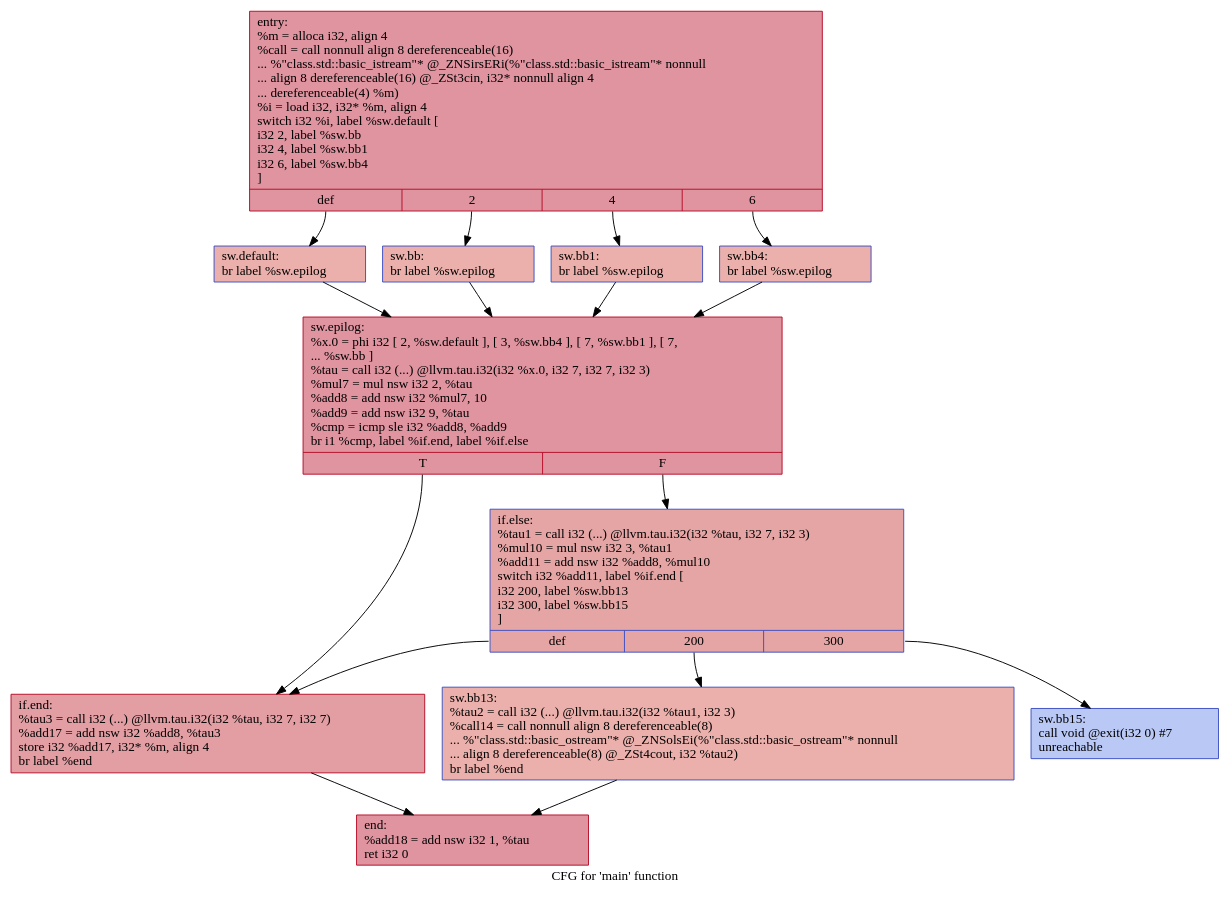
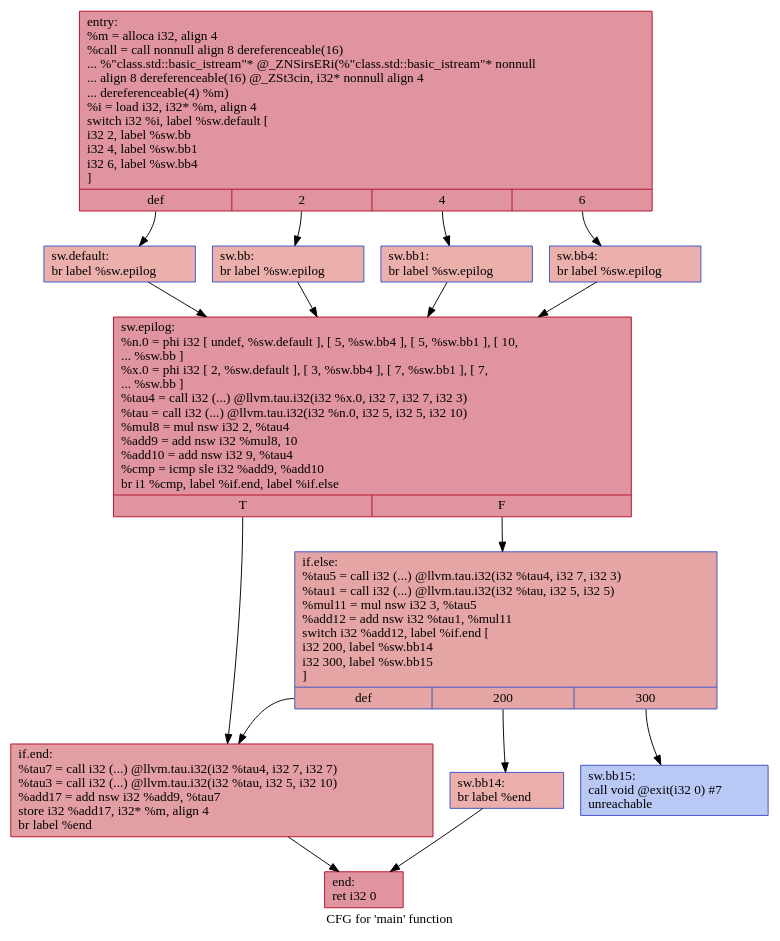
Before and after one commit to HPSSA-LLVM/HPSSA-LLVM: the diagram in IR/cfg/SCCP_HPSSA.dot, drawn with Graphviz. The commit also changed 42 other files, not shown here.

```diff
--- a/IR/cfg/SCCP_HPSSA.dot
+++ b/IR/cfg/SCCP_HPSSA.dot
@@ -1,30 +1,30 @@
 digraph "CFG for 'main' function" {
 	label="CFG for 'main' function";
 
-	Node0x55c32cd6f240 [shape=record,color="#b70d28ff", style=filled, fillcolor="#b70d2870",label="{entry:\l  %m = alloca i32, align 4\l  %call = call nonnull align 8 dereferenceable(16)\l... %\"class.std::basic_istream\"* @_ZNSirsERi(%\"class.std::basic_istream\"* nonnull\l... align 8 dereferenceable(16) @_ZSt3cin, i32* nonnull align 4\l... dereferenceable(4) %m)\l  %i = load i32, i32* %m, align 4\l  switch i32 %i, label %sw.default [\l    i32 2, label %sw.bb\l    i32 4, label %sw.bb1\l    i32 6, label %sw.bb4\l  ]\l|{<s0>def|<s1>2|<s2>4|<s3>6}}"];
-	Node0x55c32cd6f240:s0 -> Node0x55c32cd6f680;
-	Node0x55c32cd6f240:s1 -> Node0x55c32cd6f790;
-	Node0x55c32cd6f240:s2 -> Node0x55c32cd6f890;
-	Node0x55c32cd6f240:s3 -> Node0x55c32cd6f990;
-	Node0x55c32cd6f790 [shape=record,color="#3d50c3ff", style=filled, fillcolor="#d24b4070",label="{sw.bb:                                            \l  br label %sw.epilog\l}"];
-	Node0x55c32cd6f790 -> Node0x55c32cd6fab0;
-	Node0x55c32cd6f890 [shape=record,color="#3d50c3ff", style=filled, fillcolor="#d24b4070",label="{sw.bb1:                                           \l  br label %sw.epilog\l}"];
-	Node0x55c32cd6f890 -> Node0x55c32cd6fab0;
-	Node0x55c32cd6f990 [shape=record,color="#3d50c3ff", style=filled, fillcolor="#d24b4070",label="{sw.bb4:                                           \l  br label %sw.epilog\l}"];
-	Node0x55c32cd6f990 -> Node0x55c32cd6fab0;
-	Node0x55c32cd6f680 [shape=record,color="#3d50c3ff", style=filled, fillcolor="#d24b4070",label="{sw.default:                                       \l  br label %sw.epilog\l}"];
-	Node0x55c32cd6f680 -> Node0x55c32cd6fab0;
-	Node0x55c32cd6fab0 [shape=record,color="#b70d28ff", style=filled, fillcolor="#b70d2870",label="{sw.epilog:                                        \l  %x.0 = phi i32 [ 2, %sw.default ], [ 3, %sw.bb4 ], [ 7, %sw.bb1 ], [ 7,\l... %sw.bb ]\l  %tau = call i32 (...) @llvm.tau.i32(i32 %x.0, i32 7, i32 7, i32 3)\l  %mul7 = mul nsw i32 2, %tau\l  %add8 = add nsw i32 %mul7, 10\l  %add9 = add nsw i32 9, %tau\l  %cmp = icmp sle i32 %add8, %add9\l  br i1 %cmp, label %if.end, label %if.else\l|{<s0>T|<s1>F}}"];
-	Node0x55c32cd6fab0:s0 -> Node0x55c32cd70560;
-	Node0x55c32cd6fab0:s1 -> Node0x55c32cd705d0;
-	Node0x55c32cd705d0 [shape=record,color="#3d50c3ff", style=filled, fillcolor="#c5333470",label="{if.else:                                          \l  %tau1 = call i32 (...) @llvm.tau.i32(i32 %tau, i32 7, i32 3)\l  %mul10 = mul nsw i32 3, %tau1\l  %add11 = add nsw i32 %add8, %mul10\l  switch i32 %add11, label %if.end [\l    i32 200, label %sw.bb13\l    i32 300, label %sw.bb15\l  ]\l|{<s0>def|<s1>200|<s2>300}}"];
-	Node0x55c32cd705d0:s0 -> Node0x55c32cd70560;
-	Node0x55c32cd705d0:s1 -> Node0x55c32cd708f0;
-	Node0x55c32cd705d0:s2 -> Node0x55c32cd70990;
-	Node0x55c32cd708f0 [shape=record,color="#3d50c3ff", style=filled, fillcolor="#d24b4070",label="{sw.bb13:                                          \l  %tau2 = call i32 (...) @llvm.tau.i32(i32 %tau1, i32 3)\l  %call14 = call nonnull align 8 dereferenceable(8)\l... %\"class.std::basic_ostream\"* @_ZNSolsEi(%\"class.std::basic_ostream\"* nonnull\l... align 8 dereferenceable(8) @_ZSt4cout, i32 %tau2)\l  br label %end\l}"];
-	Node0x55c32cd708f0 -> Node0x55c32cd70ec0;
-	Node0x55c32cd70990 [shape=record,color="#3d50c3ff", style=filled, fillcolor="#6282ea70",label="{sw.bb15:                                          \l  call void @exit(i32 0) #7\l  unreachable\l}"];
-	Node0x55c32cd70560 [shape=record,color="#b70d28ff", style=filled, fillcolor="#be242e70",label="{if.end:                                           \l  %tau3 = call i32 (...) @llvm.tau.i32(i32 %tau, i32 7, i32 7)\l  %add17 = add nsw i32 %add8, %tau3\l  store i32 %add17, i32* %m, align 4\l  br label %end\l}"];
-	Node0x55c32cd70560 -> Node0x55c32cd70ec0;
-	Node0x55c32cd70ec0 [shape=record,color="#b70d28ff", style=filled, fillcolor="#b70d2870",label="{end:                                              \l  %add18 = add nsw i32 1, %tau\l  ret i32 0\l}"];
+	Node0x556d9a4d70c0 [shape=record,color="#b70d28ff", style=filled, fillcolor="#b70d2870",label="{entry:\l  %m = alloca i32, align 4\l  %call = call nonnull align 8 dereferenceable(16)\l... %\"class.std::basic_istream\"* @_ZNSirsERi(%\"class.std::basic_istream\"* nonnull\l... align 8 dereferenceable(16) @_ZSt3cin, i32* nonnull align 4\l... dereferenceable(4) %m)\l  %i = load i32, i32* %m, align 4\l  switch i32 %i, label %sw.default [\l    i32 2, label %sw.bb\l    i32 4, label %sw.bb1\l    i32 6, label %sw.bb4\l  ]\l|{<s0>def|<s1>2|<s2>4|<s3>6}}"];
+	Node0x556d9a4d70c0:s0 -> Node0x556d9a4d7500;
+	Node0x556d9a4d70c0:s1 -> Node0x556d9a4d7610;
+	Node0x556d9a4d70c0:s2 -> Node0x556d9a4d7710;
+	Node0x556d9a4d70c0:s3 -> Node0x556d9a4d7810;
+	Node0x556d9a4d7610 [shape=record,color="#3d50c3ff", style=filled, fillcolor="#d24b4070",label="{sw.bb:                                            \l  br label %sw.epilog\l}"];
+	Node0x556d9a4d7610 -> Node0x556d9a4d7930;
+	Node0x556d9a4d7710 [shape=record,color="#3d50c3ff", style=filled, fillcolor="#d24b4070",label="{sw.bb1:                                           \l  br label %sw.epilog\l}"];
+	Node0x556d9a4d7710 -> Node0x556d9a4d7930;
+	Node0x556d9a4d7810 [shape=record,color="#3d50c3ff", style=filled, fillcolor="#d24b4070",label="{sw.bb4:                                           \l  br label %sw.epilog\l}"];
+	Node0x556d9a4d7810 -> Node0x556d9a4d7930;
+	Node0x556d9a4d7500 [shape=record,color="#3d50c3ff", style=filled, fillcolor="#d24b4070",label="{sw.default:                                       \l  br label %sw.epilog\l}"];
+	Node0x556d9a4d7500 -> Node0x556d9a4d7930;
+	Node0x556d9a4d7930 [shape=record,color="#b70d28ff", style=filled, fillcolor="#b70d2870",label="{sw.epilog:                                        \l  %n.0 = phi i32 [ undef, %sw.default ], [ 5, %sw.bb4 ], [ 5, %sw.bb1 ], [ 10,\l... %sw.bb ]\l  %x.0 = phi i32 [ 2, %sw.default ], [ 3, %sw.bb4 ], [ 7, %sw.bb1 ], [ 7,\l... %sw.bb ]\l  %tau4 = call i32 (...) @llvm.tau.i32(i32 %x.0, i32 7, i32 7, i32 3)\l  %tau = call i32 (...) @llvm.tau.i32(i32 %n.0, i32 5, i32 5, i32 10)\l  %mul8 = mul nsw i32 2, %tau4\l  %add9 = add nsw i32 %mul8, 10\l  %add10 = add nsw i32 9, %tau4\l  %cmp = icmp sle i32 %add9, %add10\l  br i1 %cmp, label %if.end, label %if.else\l|{<s0>T|<s1>F}}"];
+	Node0x556d9a4d7930:s0 -> Node0x556d9a4d8ad0;
+	Node0x556d9a4d7930:s1 -> Node0x556d9a4d8b40;
+	Node0x556d9a4d8b40 [shape=record,color="#3d50c3ff", style=filled, fillcolor="#c5333470",label="{if.else:                                          \l  %tau5 = call i32 (...) @llvm.tau.i32(i32 %tau4, i32 7, i32 3)\l  %tau1 = call i32 (...) @llvm.tau.i32(i32 %tau, i32 5, i32 5)\l  %mul11 = mul nsw i32 3, %tau5\l  %add12 = add nsw i32 %tau1, %mul11\l  switch i32 %add12, label %if.end [\l    i32 200, label %sw.bb14\l    i32 300, label %sw.bb15\l  ]\l|{<s0>def|<s1>200|<s2>300}}"];
+	Node0x556d9a4d8b40:s0 -> Node0x556d9a4d8ad0;
+	Node0x556d9a4d8b40:s1 -> Node0x556d9a4d8ed0;
+	Node0x556d9a4d8b40:s2 -> Node0x556d9a4d8f70;
+	Node0x556d9a4d8ed0 [shape=record,color="#3d50c3ff", style=filled, fillcolor="#d24b4070",label="{sw.bb14:                                          \l  br label %end\l}"];
+	Node0x556d9a4d8ed0 -> Node0x556d9a4d9420;
+	Node0x556d9a4d8f70 [shape=record,color="#3d50c3ff", style=filled, fillcolor="#6282ea70",label="{sw.bb15:                                          \l  call void @exit(i32 0) #7\l  unreachable\l}"];
+	Node0x556d9a4d8ad0 [shape=record,color="#b70d28ff", style=filled, fillcolor="#be242e70",label="{if.end:                                           \l  %tau7 = call i32 (...) @llvm.tau.i32(i32 %tau4, i32 7, i32 7)\l  %tau3 = call i32 (...) @llvm.tau.i32(i32 %tau, i32 5, i32 10)\l  %add17 = add nsw i32 %add9, %tau7\l  store i32 %add17, i32* %m, align 4\l  br label %end\l}"];
+	Node0x556d9a4d8ad0 -> Node0x556d9a4d9420;
+	Node0x556d9a4d9420 [shape=record,color="#b70d28ff", style=filled, fillcolor="#b70d2870",label="{end:                                              \l  ret i32 0\l}"];
 }
```
